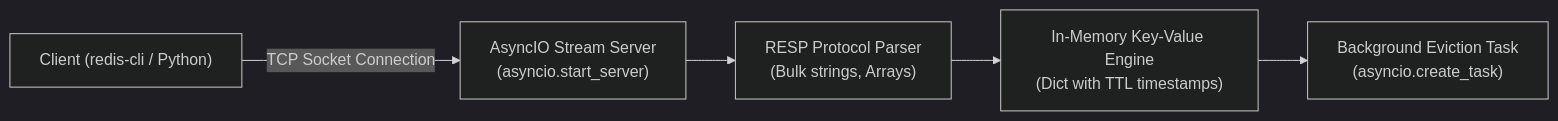
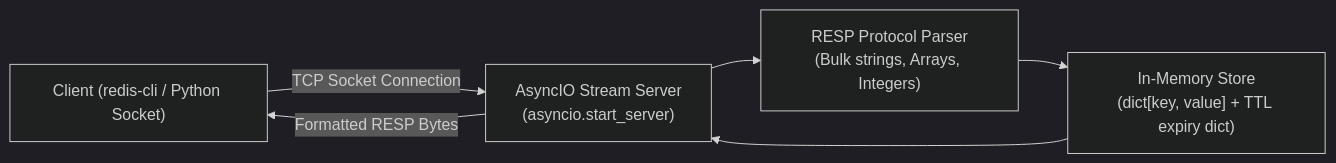
Before and after one commit to 1345AbhishekKumar/cs-cookbook: the diagram in content/docs/learn-python/03-advanced/capstone-tiny-redis.mdx, drawn with Mermaid (dark theme). The commit also changed other lines of this file and 124 other files, not shown here.

````diff
--- a/content/docs/learn-python/03-advanced/capstone-tiny-redis.mdx
+++ b/content/docs/learn-python/03-advanced/capstone-tiny-redis.mdx
@@ -19,7 +52,8 @@
 ```mermaid
 flowchart LR
-    CLI["Client (redis-cli / Python)"] -->|TCP Socket Connection| SRV["AsyncIO Stream Server<br/>(asyncio.start_server)"]
-    SRV --> PARSER["RESP Protocol Parser<br/>(Bulk strings, Arrays)"]
-    PARSER --> ENG["In-Memory Key-Value Engine<br/>(Dict with TTL timestamps)"]
-    ENG --> EVICT["Background Eviction Task<br/>(asyncio.create_task)"]
+    CLI["Client (redis-cli / Python Socket)"] -->|TCP Socket Connection| SRV["AsyncIO Stream Server<br/>(asyncio.start_server)"]
+    SRV --> PARSER["RESP Protocol Parser<br/>(Bulk strings, Arrays, Integers)"]
+    PARSER --> ENG["In-Memory Store<br/>(dict[key, value] + TTL expiry dict)"]
+    ENG --> SRV
+    SRV -->|Formatted RESP Bytes| CLI
 ```
````
